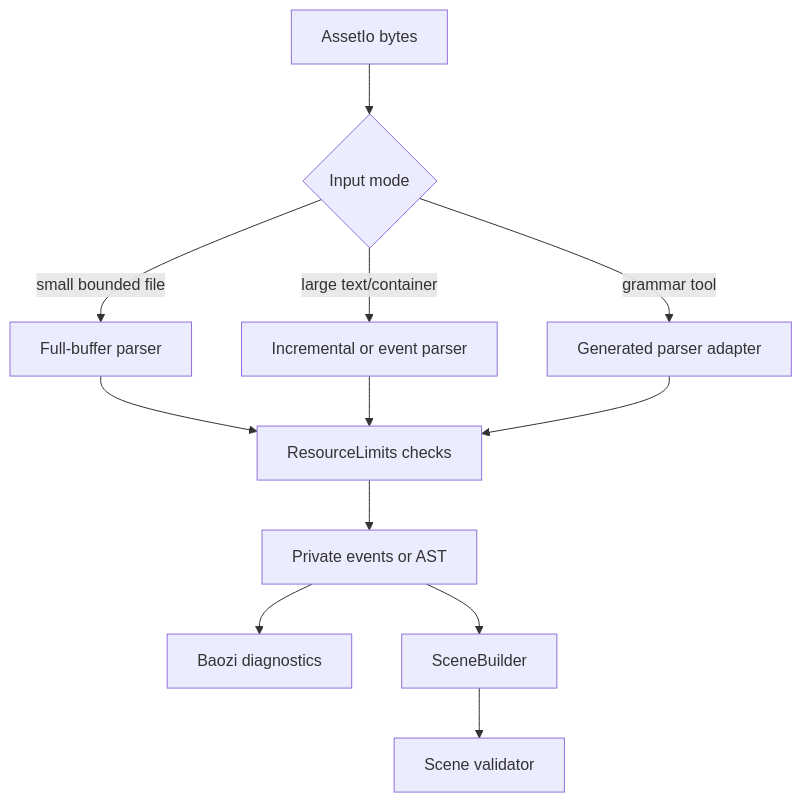
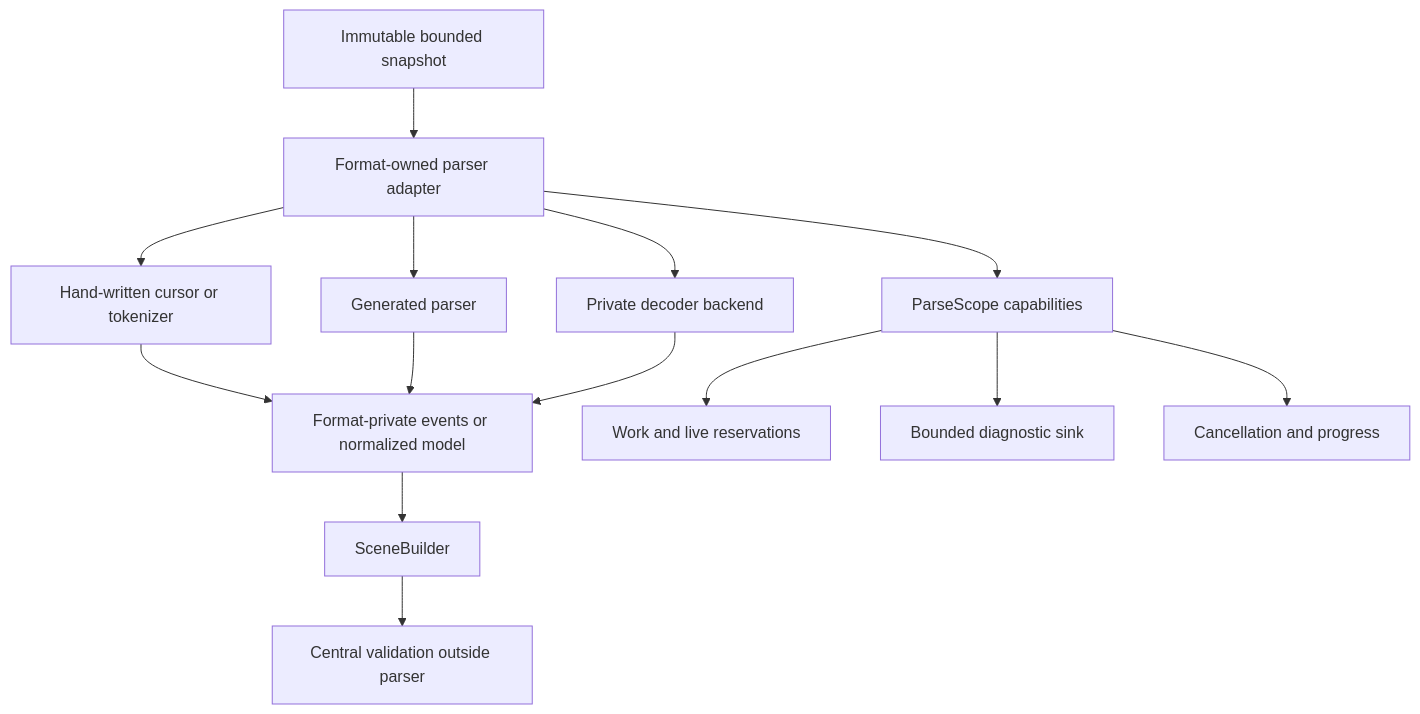
One commit to Latias94/baozi changed the diagram in docs/adr/0019-parser-diagnostic-streaming-and-generated-code-contract.md. Above: the diagram before and after it, drawn with Mermaid. The commit also changed other lines of this file and 86 other files, not shown here.

First line of the commit message:
feat(architecture): establish canonical contract authority

````diff
--- a/docs/adr/0019-parser-diagnostic-streaming-and-generated-code-contract.md
+++ b/docs/adr/0019-parser-diagnostic-streaming-and-generated-code-contract.md
@@ -52,14 +112,16 @@
 ```mermaid
 flowchart TB
-    Bytes[AssetIo bytes] --> Mode{Input mode}
-    Mode -->|small bounded file| FullBuffer[Full-buffer parser]
-    Mode -->|large text/container| Incremental[Incremental or event parser]
-    Mode -->|grammar tool| Generated[Generated parser adapter]
-    FullBuffer --> Limits[ResourceLimits checks]
-    Incremental --> Limits
-    Generated --> Limits
-    Limits --> Private[Private events or AST]
-    Private --> Diagnostics[Baozi diagnostics]
-    Private --> Builder[SceneBuilder]
-    Builder --> Validator[Scene validator]
+    Snapshot[Immutable bounded snapshot] --> Adapter[Format-owned parser adapter]
+    Adapter --> Hand[Hand-written cursor or tokenizer]
+    Adapter --> Generated[Generated parser]
+    Adapter --> Backend[Private decoder backend]
+    Hand --> Normalized[Format-private events or normalized model]
+    Generated --> Normalized
+    Backend --> Normalized
+    Adapter --> Scope[ParseScope capabilities]
+    Scope --> Budget[Work and live reservations]
+    Scope --> Diagnostics[Bounded diagnostic sink]
+    Scope --> Control[Cancellation and progress]
+    Normalized --> Builder[SceneBuilder]
+    Builder --> Validate[Central validation outside parser]
 ```
````
